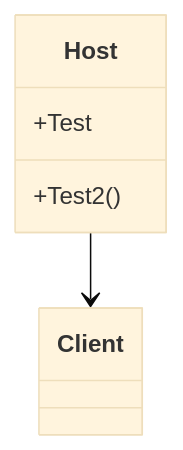
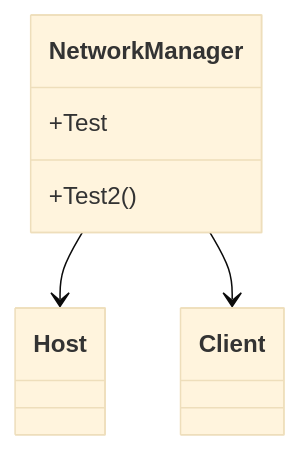
One commit to GMcMichael/ThornNetworking changed the second of 2 diagrams in README.md. Above: the diagram before and after it, drawn with Mermaid (base theme). The commit also changed other lines of this file, not shown here.

````diff
--- a/README.md
+++ b/README.md
@@ -89,8 +89,9 @@
 ```mermaid
 classDiagram
-    Host --> Client
-    class Host{
+    NetworkManager --> Host
+    NetworkManager --> Client
+    class NetworkManager{
         +Test
         +Test2()
     }
 ```
````
